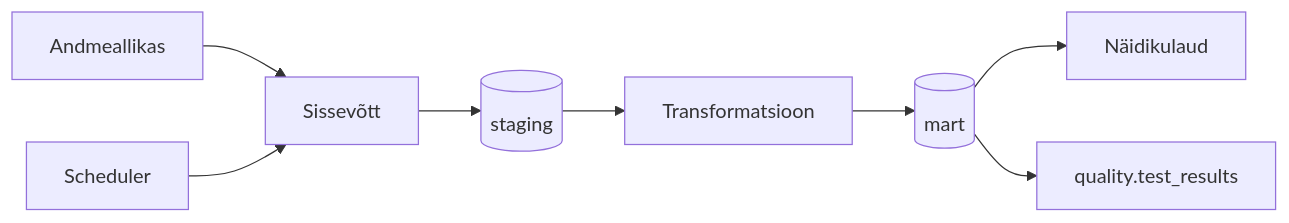
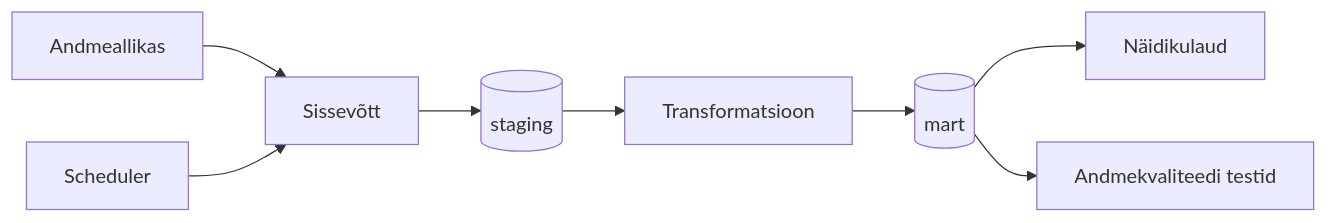
The diagram in projekt/mall/docs/arhitektuur.md (HDO21/ut-andmeinseneeria-2026), drawn with Mermaid before and after one commit. The commit also changed other lines of this file and 12 other files, not shown here.

````diff
--- a/projekt/mall/docs/arhitektuur.md
+++ b/projekt/mall/docs/arhitektuur.md
@@ -24,10 +24,10 @@
 ```mermaid
 flowchart LR
     source[Andmeallikas] --> ingest[Sissevõtt]
     ingest --> staging[(staging)]
     staging --> transform[Transformatsioon]
     transform --> mart[(mart)]
     mart --> dashboard[Näidikulaud]
-    mart --> quality[quality.test_results]
+    mart --> quality[Andmekvaliteedi testid]
     scheduler[Scheduler] --> ingest
 ```
````
